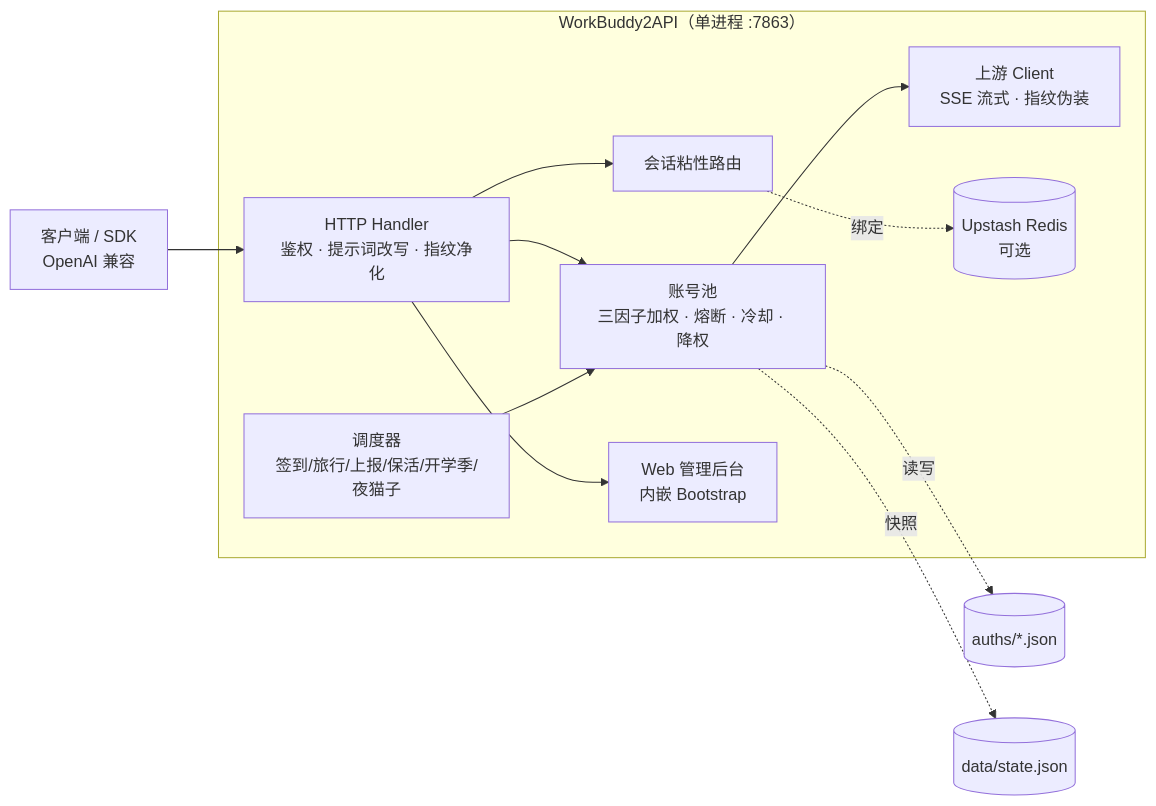
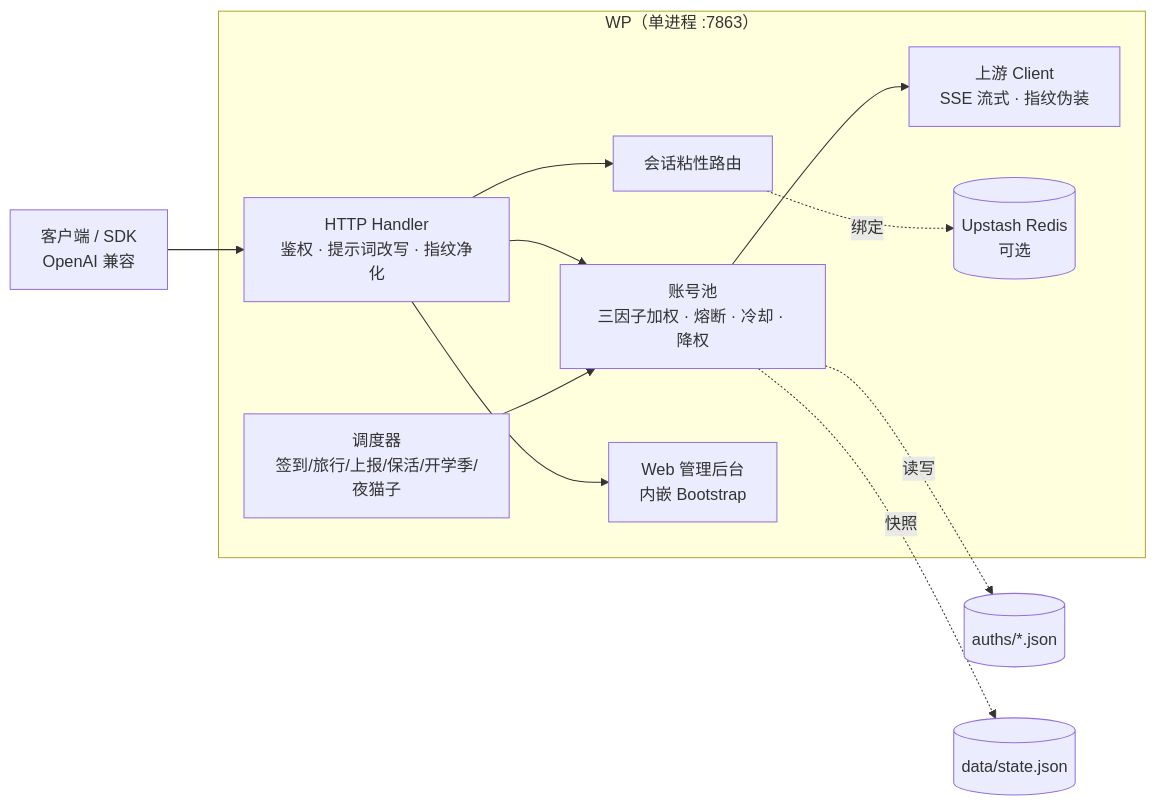
One commit to workpuppy/workpuppy changed the diagram in README.md. Above: the diagram before and after it, drawn with Mermaid. The commit also changed other lines of this file and 188 other files, not shown here.

````diff
--- a/README.md
+++ b/README.md
@@ -457,14 +457,14 @@
 ```mermaid
 flowchart LR
     C["客户端 / SDK\nOpenAI 兼容"] --> H
-    subgraph GW["WorkBuddy2API（单进程 :7863）"]
+    subgraph GW["WP（单进程 :7863）"]
         H["HTTP Handler\n鉴权 · 提示词改写 · 指纹净化"] --> P
         H --> S
         H --> W["Web 管理后台\n内嵌 Bootstrap"]
         P["账号池\n三因子加权 · 熔断 · 冷却 · 降权"] --> U["上游 Client\nSSE 流式 · 指纹伪装"]
         S["会话粘性路由"] -.绑定.-> R[("Upstash Redis\n可选")]
         T["调度器\n签到/旅行/上报/保活/开学季/夜猫子"] --> P
     end
     P -.读写.-> A[("auths/*.json")]
     P -.快照.-> ST[("data/state.json")]
 ```
````
